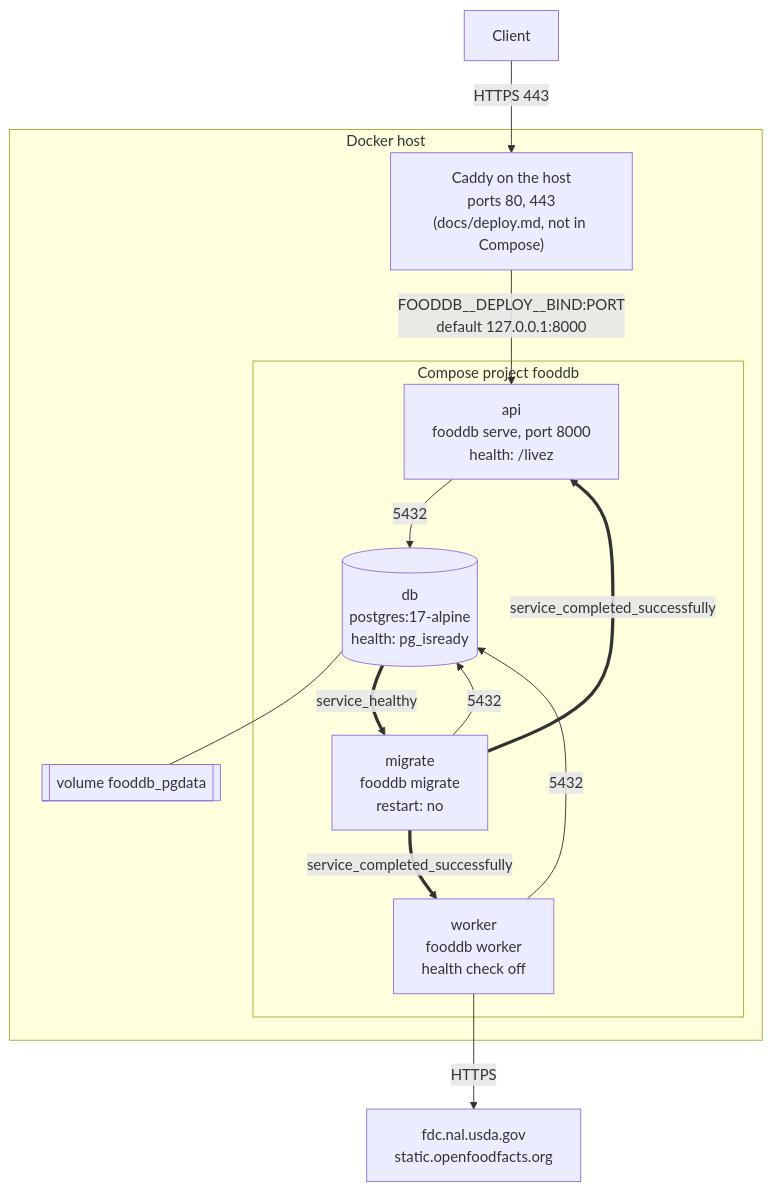
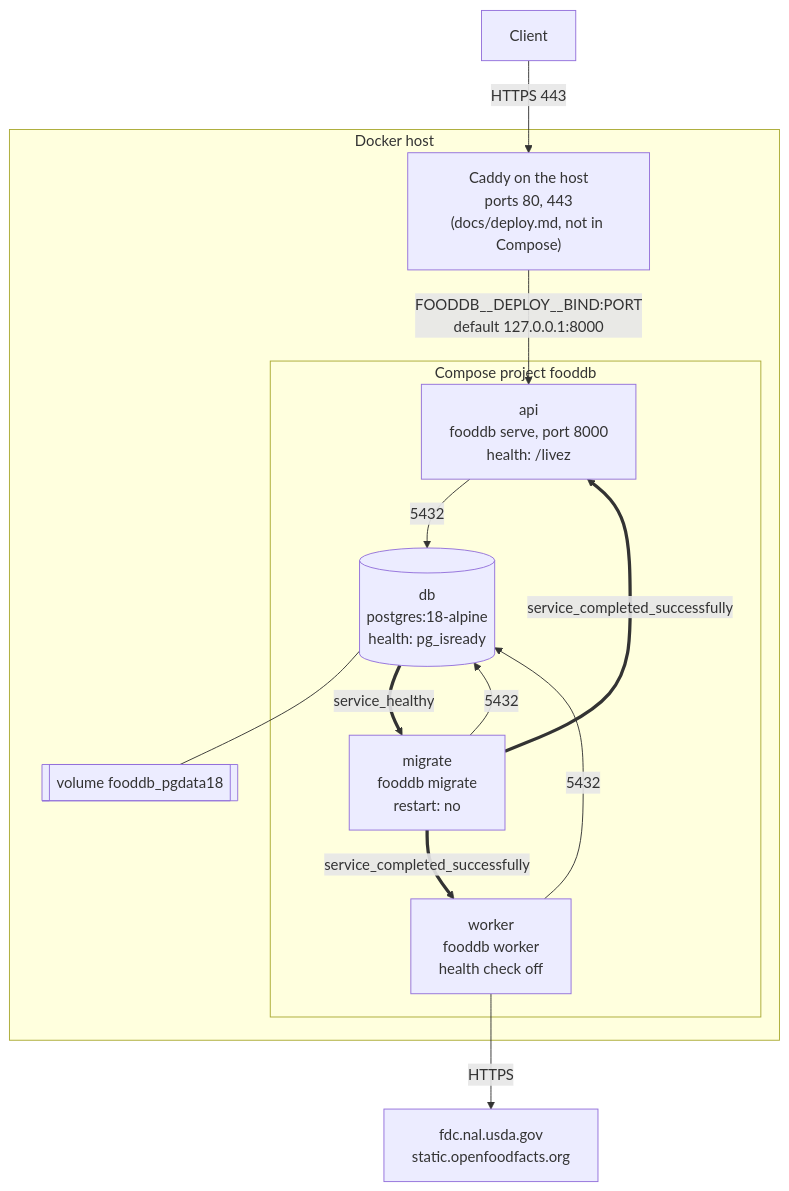
The second of 8 diagrams in docs/architecture.md (eait-fit/fooddb), drawn with Mermaid before and after one commit. The commit also changed other lines of this file and 4 other files, not shown here.

````diff
--- a/docs/architecture.md
+++ b/docs/architecture.md
@@ -53,25 +53,25 @@
 ```mermaid
 flowchart TB
     client["Client"]
     subgraph host["Docker host"]
         caddy["Caddy on the host<br/>ports 80, 443<br/>(docs/deploy.md, not in Compose)"]
         subgraph stack["Compose project fooddb"]
-            dbc[("db<br/>postgres:17-alpine<br/>health: pg_isready")]
+            dbc[("db<br/>postgres:18-alpine<br/>health: pg_isready")]
             mig["migrate<br/>fooddb migrate<br/>restart: no"]
             apic["api<br/>fooddb serve, port 8000<br/>health: /livez"]
             wk["worker<br/>fooddb worker<br/>health check off"]
         end
-        vol[["volume fooddb_pgdata"]]
+        vol[["volume fooddb_pgdata18"]]
     end
     up["fdc.nal.usda.gov<br/>static.openfoodfacts.org"]
     client -->|"HTTPS 443"| caddy
     caddy -->|"FOODDB__DEPLOY__BIND:PORT<br/>default 127.0.0.1:8000"| apic
     dbc --- vol
     mig -->|5432| dbc
     apic -->|5432| dbc
     wk -->|5432| dbc
     wk -->|HTTPS| up
     dbc ==>|service_healthy| mig
     mig ==>|service_completed_successfully| apic
     mig ==>|service_completed_successfully| wk
 ```
````
